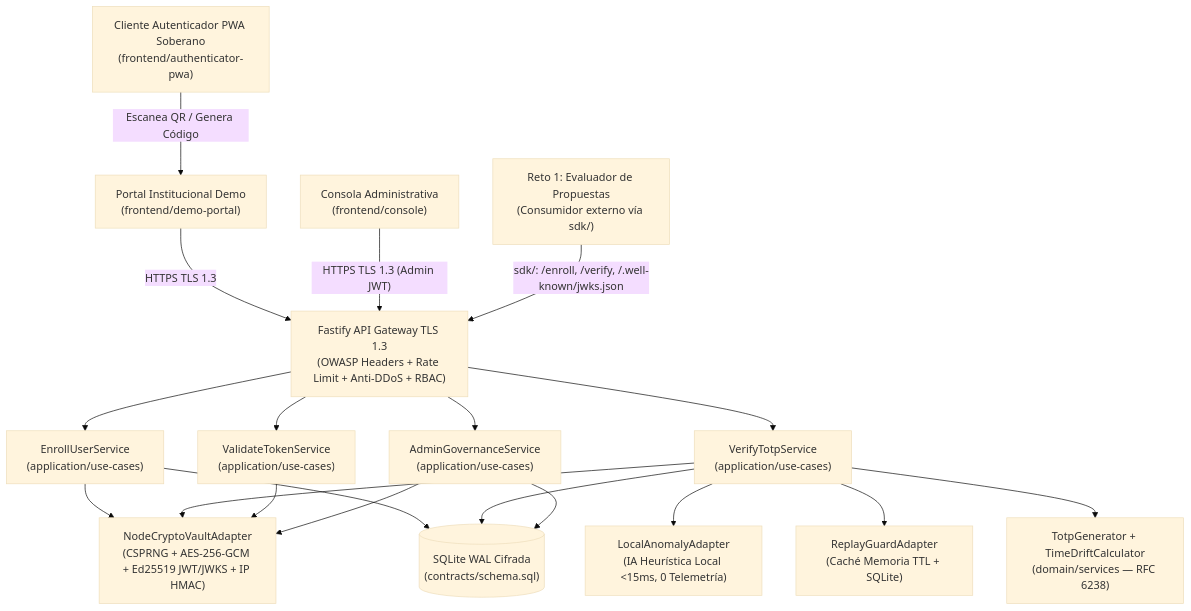
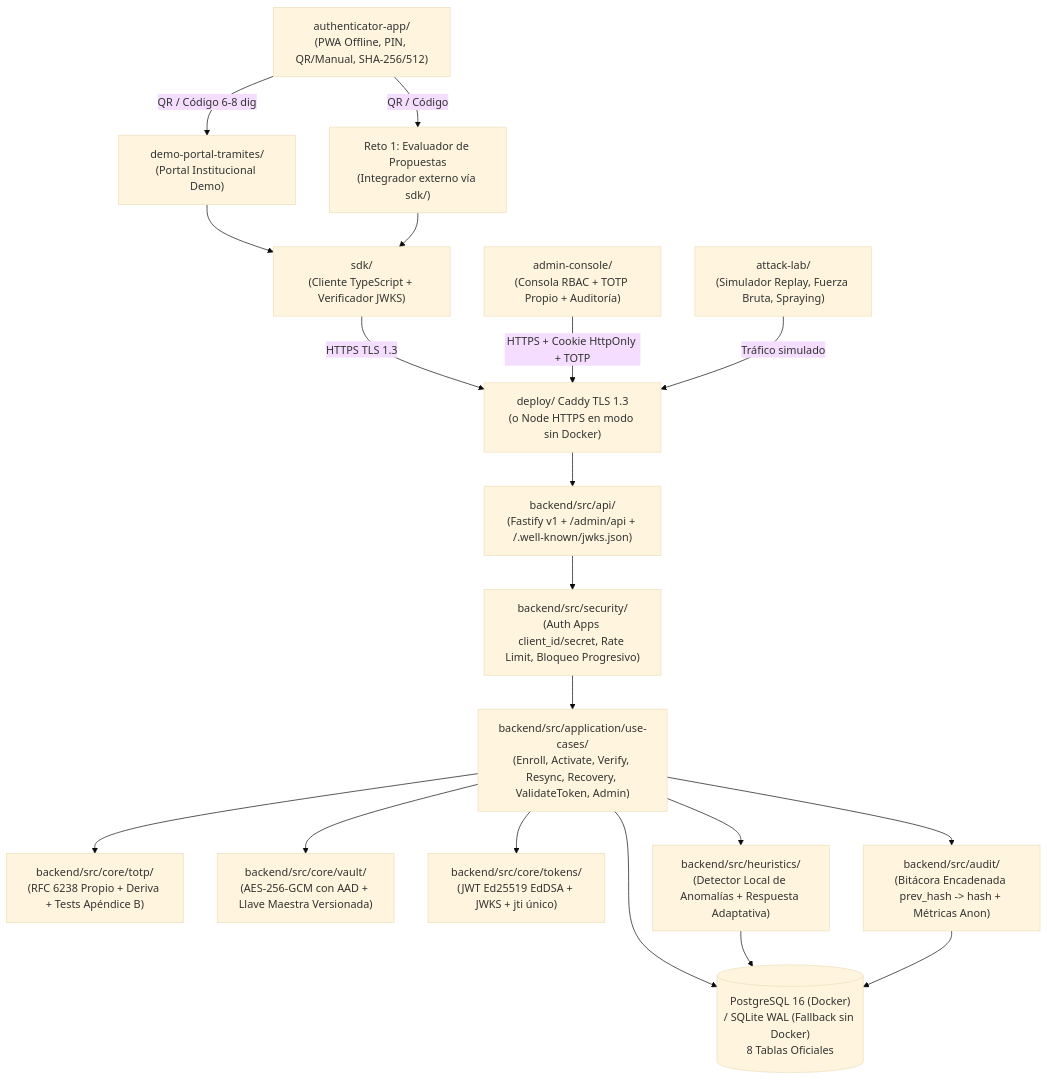
One commit to PSM-Hackaton/servicio-soberano-autenticacion-totp changed the diagram in SYSTEM_GRAPH.md. Above: the diagram before and after it, drawn with Mermaid (base theme). The commit also changed other lines of this file and 28 other files, not shown here.

Commit message:
docs(sync-main): alinear estructura, 9 endpoints v1 y 8 tablas con analisis-tecnico de main + puertos hexagonales

````diff
--- a/SYSTEM_GRAPH.md
+++ b/SYSTEM_GRAPH.md
@@ -8,52 +8,54 @@
 ```mermaid
 flowchart TD
-    %% Clientes y Sistemas Externos (Adaptadores de Entrada)
-    PWA["Cliente Autenticador PWA Soberano\n(frontend/authenticator-pwa)"]
-    ADMIN["Consola Administrativa\n(frontend/console)"]
-    DEMO["Portal Institucional Demo\n(frontend/demo-portal)"]
-    RETO1["Reto 1: Evaluador de Propuestas\n(Consumidor externo vía sdk/)"]
+    %% Clientes / Frontends
+    PWA["authenticator-app/\n(PWA Offline, PIN, QR/Manual, SHA-256/512)"]
+    ADMIN["admin-console/\n(Consola RBAC + TOTP Propio + Auditoría)"]
+    DEMO["demo-portal-tramites/\n(Portal Institucional Demo)"]
+    RETO1["Reto 1: Evaluador de Propuestas\n(Integrador externo vía sdk/)"]
+    ATK["attack-lab/\n(Simulador Replay, Fuerza Bruta, Spraying)"]
 
-    %% Capa HTTP / Seguridad Perimetral (Infrastructure - In)
-    HTTP["Fastify API Gateway TLS 1.3\n(OWASP Headers + Rate Limit + Anti-DDoS + RBAC)"]
+    %% SDK y Borde TLS
+    SDK["sdk/\n(Cliente TypeScript + Verificador JWKS)"]
+    EDGE["deploy/ Caddy TLS 1.3\n(o Node HTTPS en modo sin Docker)"]
 
-    %% Casos de Uso (Application Layer)
-    ENROLL_UC["EnrollUserService\n(application/use-cases)"]
-    VERIFY_UC["VerifyTotpService\n(application/use-cases)"]
-    VALIDATE_UC["ValidateTokenService\n(application/use-cases)"]
-    ADMIN_UC["AdminGovernanceService\n(application/use-cases)"]
+    %% API & Seguridad Perimetral
+    API["backend/src/api/\n(Fastify v1 + /admin/api + /.well-known/jwks.json)"]
+    SEC["backend/src/security/\n(Auth Apps client_id/secret, Rate Limit, Bloqueo Progresivo)"]
 
-    %% Núcleo de Dominio Puro (Domain Layer)
-    TOTP_CORE["TotpGenerator + TimeDriftCalculator\n(domain/services — RFC 6238)"]
+    %% Capa de Aplicación (Casos de Uso + Puertos Hexagonales)
+    UC["backend/src/application/use-cases/\n(Enroll, Activate, Verify, Resync, Recovery, ValidateToken, Admin)"]
 
-    %% Puertos y Adaptadores de Salida (Infrastructure - Out)
-    CRYPTO["NodeCryptoVaultAdapter\n(CSPRNG + AES-256-GCM + Ed25519 JWT/JWKS + IP HMAC)"]
-    AI_LOCAL["LocalAnomalyAdapter\n(IA Heurística Local <15ms, 0 Telemetría)"]
-    REPLAY["ReplayGuardAdapter\n(Caché Memoria TTL + SQLite)"]
-    DB[("SQLite WAL Cifrada\n(contracts/schema.sql)")]
+    %% Núcleo Criptográfico Puro (0 dependencias OTP externas)
+    TOTP["backend/src/core/totp/\n(RFC 6238 Propio + Deriva + Tests Apéndice B)"]
+    VAULT["backend/src/core/vault/\n(AES-256-GCM con AAD + Llave Maestra Versionada)"]
+    TOKENS["backend/src/core/tokens/\n(JWT Ed25519 EdDSA + JWKS + jti único)"]
 
-    %% Flujos de entrada
-    PWA -->|"Escanea QR / Genera Código"| DEMO
-    DEMO -->|"HTTPS TLS 1.3"| HTTP
-    ADMIN -->|"HTTPS TLS 1.3 (Admin JWT)"| HTTP
-    RETO1 -->|"sdk/: /enroll, /verify, /.well-known/jwks.json"| HTTP
+    %% IA Local y Auditoría Encadenada
+    HEUR["backend/src/heuristics/\n(Detector Local de Anomalías + Respuesta Adaptativa)"]
+    AUDIT["backend/src/audit/\n(Bitácora Encadenada prev_hash -> hash + Métricas Anon)"]
 
-    %% Flujos hacia Casos de Uso
-    HTTP --> ENROLL_UC
-    HTTP --> VERIFY_UC
-    HTTP --> VALIDATE_UC
-    HTTP --> ADMIN_UC
+    %% Persistencia Dual (Puerto Hexagonal)
+    DB[("PostgreSQL 16 (Docker)\n/ SQLite WAL (Fallback sin Docker)\n8 Tablas Oficiales")]
 
-    %% Flujos del Núcleo y Adaptadores
-    ENROLL_UC --> CRYPTO
-    ENROLL_UC --> DB
+    %% Flujos
+    PWA -->|"QR / Código 6-8 dig"| DEMO
+    PWA -->|"QR / Código"| RETO1
+    DEMO --> SDK
+    RETO1 --> SDK
+    SDK -->|"HTTPS TLS 1.3"| EDGE
+    ADMIN -->|"HTTPS + Cookie HttpOnly + TOTP"| EDGE
+    ATK -->|"Tráfico simulado"| EDGE
 
-    VERIFY_UC --> AI_LOCAL
-    VERIFY_UC --> REPLAY
-    VERIFY_UC --> TOTP_CORE
-    VERIFY_UC --> CRYPTO
-    VERIFY_UC --> DB
+    EDGE --> API
+    API --> SEC
+    SEC --> UC
 
-    VALIDATE_UC --> CRYPTO
-    ADMIN_UC --> CRYPTO
-    ADMIN_UC --> DB
+    UC --> TOTP
+    UC --> VAULT
+    UC --> TOKENS
+    UC --> HEUR
+    UC --> AUDIT
+    UC --> DB
+    HEUR --> DB
+    AUDIT --> DB
 ```
````
